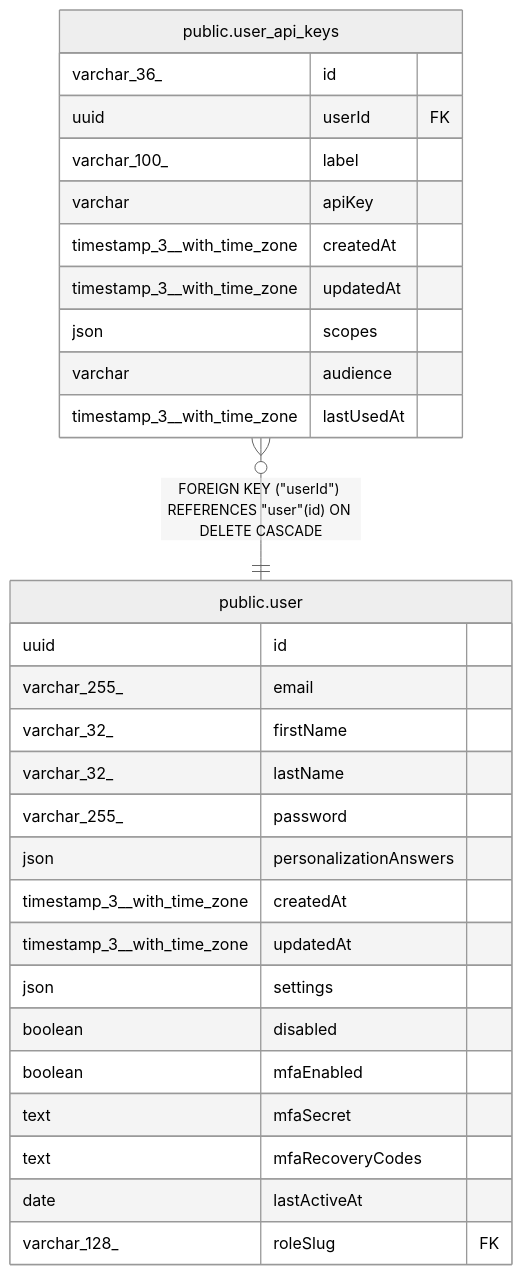
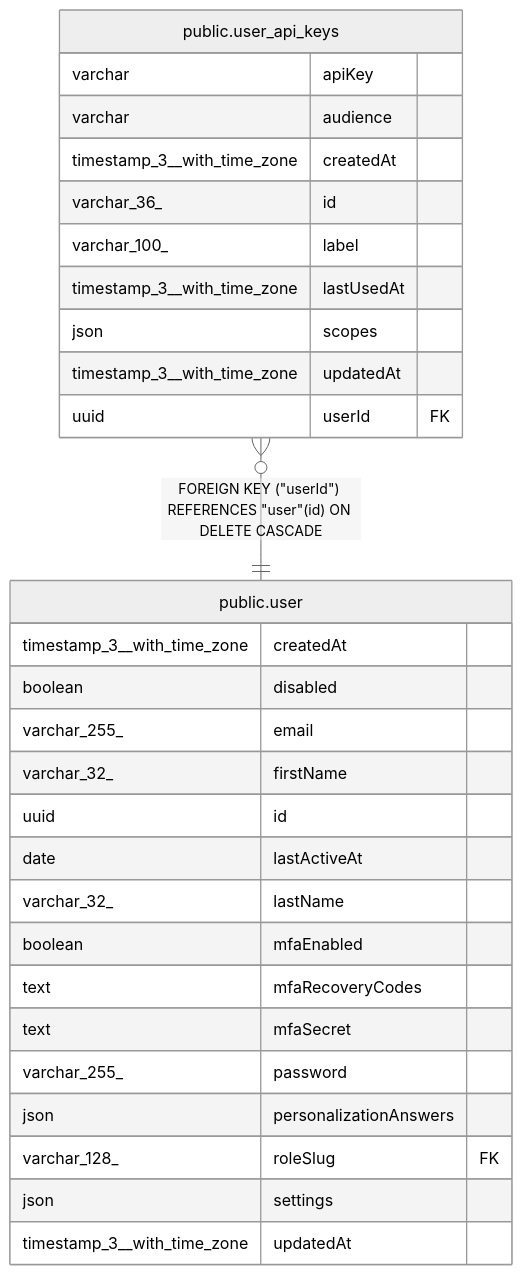
The diagram in docs/generated/postgres-schema/public.user_api_keys.md (mayankjain1815-commits/n8n), drawn with Mermaid (neutral theme) before and after one commit. The commit also changed other lines of this file and 221 other files, not shown here.

Commit message:
chore(core): Make DB schema docs generation deterministic (#32373)

````diff
--- a/docs/generated/postgres-schema/public.user_api_keys.md
+++ b/docs/generated/postgres-schema/public.user_api_keys.md
@@ -41,34 +41,34 @@
 ```mermaid
 erDiagram
 
 "public.user_api_keys" }o--|| "public.user" : "FOREIGN KEY (#quot;userId#quot;) REFERENCES #quot;user#quot;(id) ON DELETE CASCADE"
 
 "public.user_api_keys" {
+  varchar apiKey
+  varchar audience
+  timestamp_3__with_time_zone createdAt
   varchar_36_ id
+  varchar_100_ label
+  timestamp_3__with_time_zone lastUsedAt
+  json scopes
+  timestamp_3__with_time_zone updatedAt
   uuid userId FK
-  varchar_100_ label
-  varchar apiKey
-  timestamp_3__with_time_zone createdAt
-  timestamp_3__with_time_zone updatedAt
-  json scopes
-  varchar audience
-  timestamp_3__with_time_zone lastUsedAt
 }
 "public.user" {
-  uuid id
+  timestamp_3__with_time_zone createdAt
+  boolean disabled
   varchar_255_ email
   varchar_32_ firstName
+  uuid id
+  date lastActiveAt
   varchar_32_ lastName
+  boolean mfaEnabled
+  text mfaRecoveryCodes
+  text mfaSecret
   varchar_255_ password
   json personalizationAnswers
-  timestamp_3__with_time_zone createdAt
+  varchar_128_ roleSlug FK
+  json settings
   timestamp_3__with_time_zone updatedAt
-  json settings
-  boolean disabled
-  boolean mfaEnabled
-  text mfaSecret
-  text mfaRecoveryCodes
-  date lastActiveAt
-  varchar_128_ roleSlug FK
 }
 ```
````
